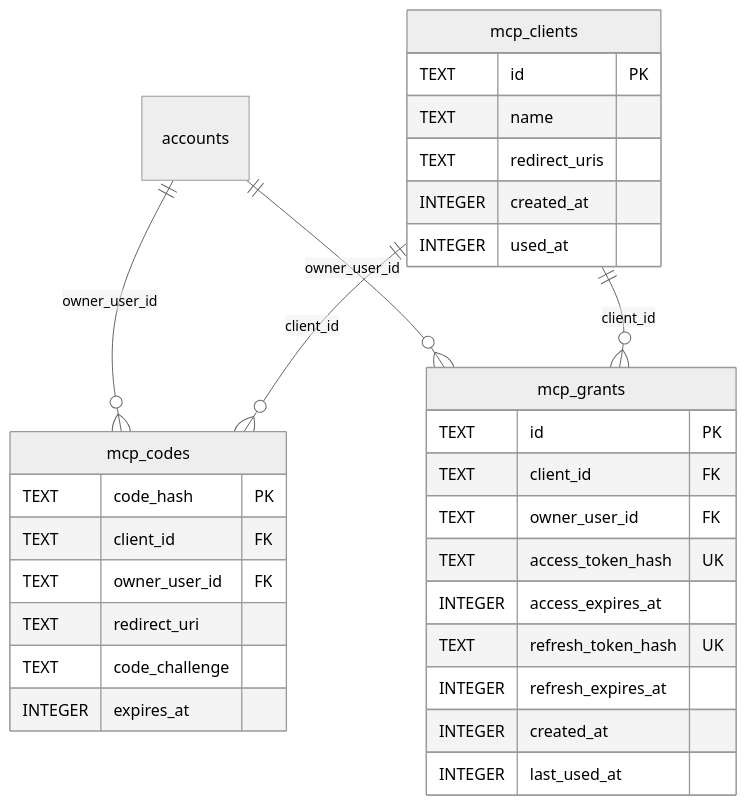
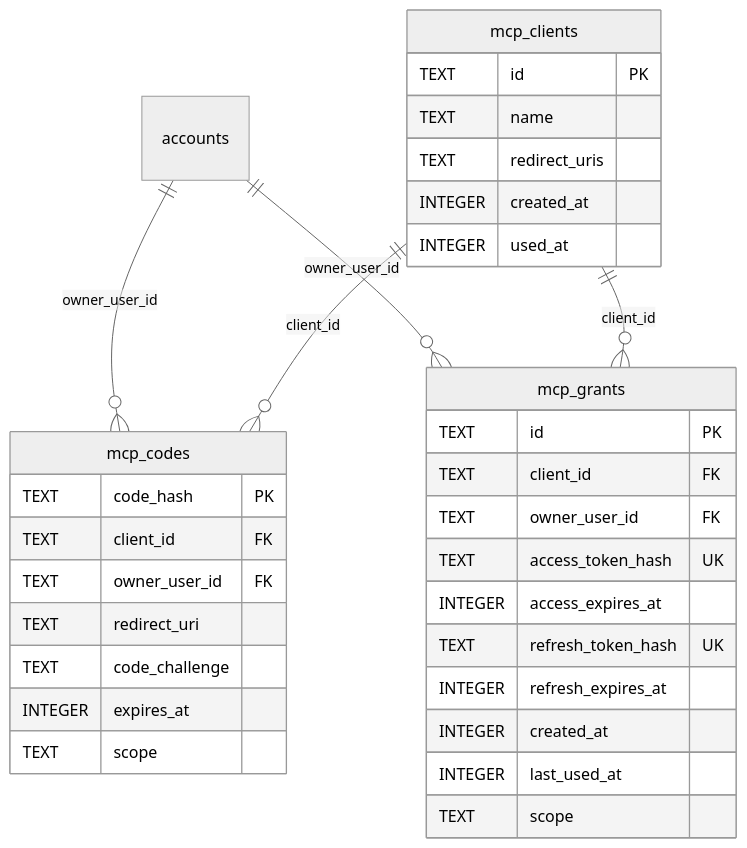
Before and after one commit to piconic-ai/slide: the third of 13 diagrams in docs/dev/er-diagram.md, drawn with Mermaid (neutral theme). The commit also changed 15 other files, not shown here.

````diff
--- a/docs/dev/er-diagram.md
+++ b/docs/dev/er-diagram.md
@@ -191,34 +191,36 @@
 ```mermaid
 erDiagram
     mcp_clients {
         TEXT id PK
         TEXT name
         TEXT redirect_uris
         INTEGER created_at
         INTEGER used_at
     }
     mcp_codes {
         TEXT code_hash PK
         TEXT client_id FK
         TEXT owner_user_id FK
         TEXT redirect_uri
         TEXT code_challenge
         INTEGER expires_at
+        TEXT scope
     }
     mcp_grants {
         TEXT id PK
         TEXT client_id FK
         TEXT owner_user_id FK
         TEXT access_token_hash UK
         INTEGER access_expires_at
         TEXT refresh_token_hash UK
         INTEGER refresh_expires_at
         INTEGER created_at
         INTEGER last_used_at
+        TEXT scope
     }
     accounts
     accounts ||--o{ mcp_codes : "owner_user_id"
     mcp_clients ||--o{ mcp_codes : "client_id"
     accounts ||--o{ mcp_grants : "owner_user_id"
     mcp_clients ||--o{ mcp_grants : "client_id"
 ```
````
